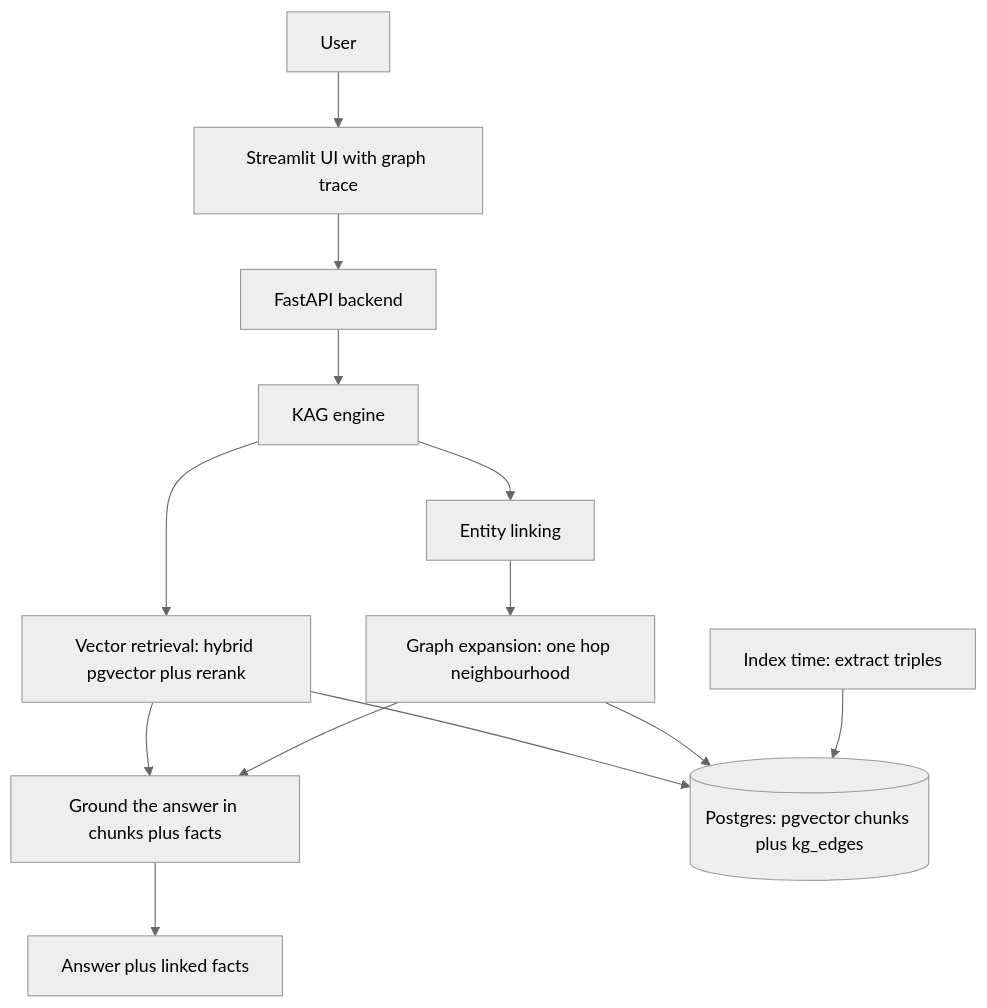
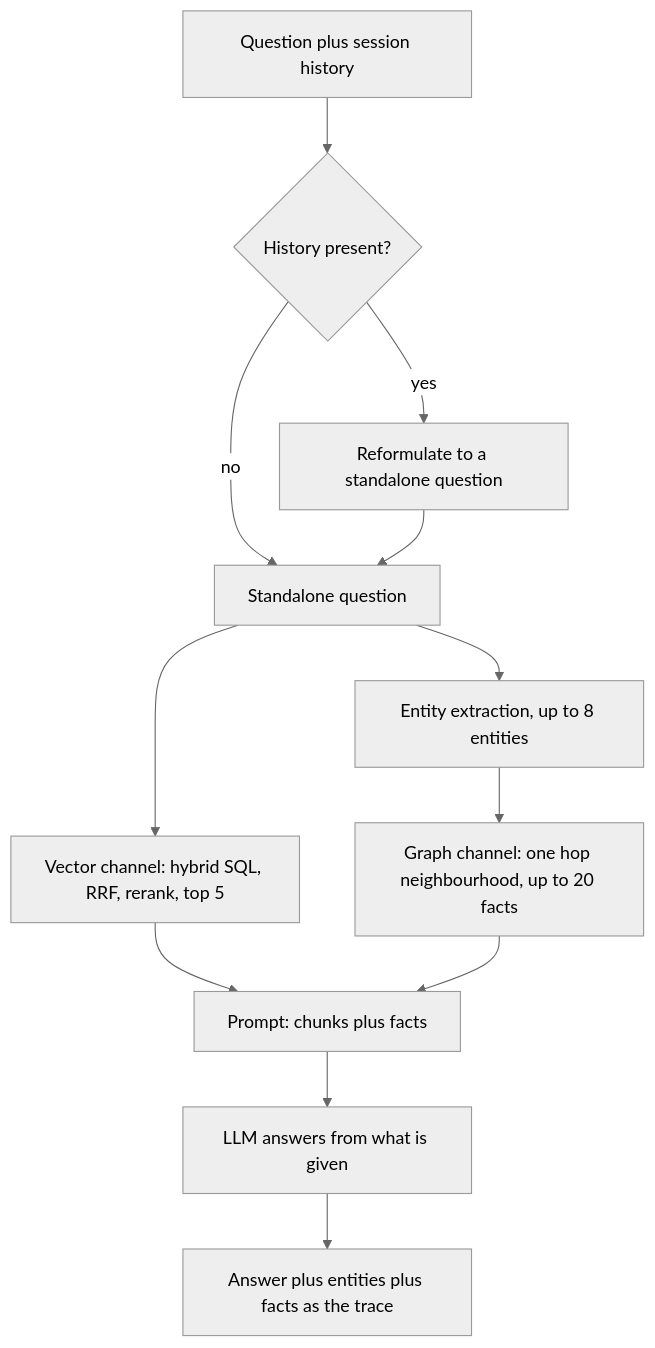
Before and after one commit to mlvpatel/RagFlowKAG: the sixth of 7 diagrams in README.md, drawn with Mermaid (neutral theme). The commit also changed other lines of this file, not shown here.

````diff
--- a/README.md
+++ b/README.md
@@ -51,15 +166,14 @@
 ```mermaid
-graph TD
-    User[User] --> UI[Streamlit UI with graph trace]
-    UI --> API[FastAPI backend]
-    API --> Engine[KAG engine]
-    Engine --> Vector[Vector retrieval: hybrid pgvector plus rerank]
-    Engine --> Link[Entity linking]
-    Link --> Graph[Graph expansion: one hop neighbourhood]
-    Vector --> Ground[Ground the answer in chunks plus facts]
-    Graph --> Ground
-    Ground --> Done[Answer plus linked facts]
-    Vector --> PG[(Postgres: pgvector chunks plus kg_edges)]
-    Graph --> PG
-    Ingest[Index time: extract triples] --> PG
+flowchart TD
+    Q[Question plus session history] --> H{History present?}
+    H -- yes --> RF[Reformulate to a standalone question]
+    H -- no --> SQ[Standalone question]
+    RF --> SQ
+    SQ --> V[Vector channel: hybrid SQL, RRF, rerank, top 5]
+    SQ --> E[Entity extraction, up to 8 entities]
+    E --> G[Graph channel: one hop neighbourhood, up to 20 facts]
+    V --> P[Prompt: chunks plus facts]
+    G --> P
+    P --> L[LLM answers from what is given]
+    L --> T[Answer plus entities plus facts as the trace]
 ```
````
